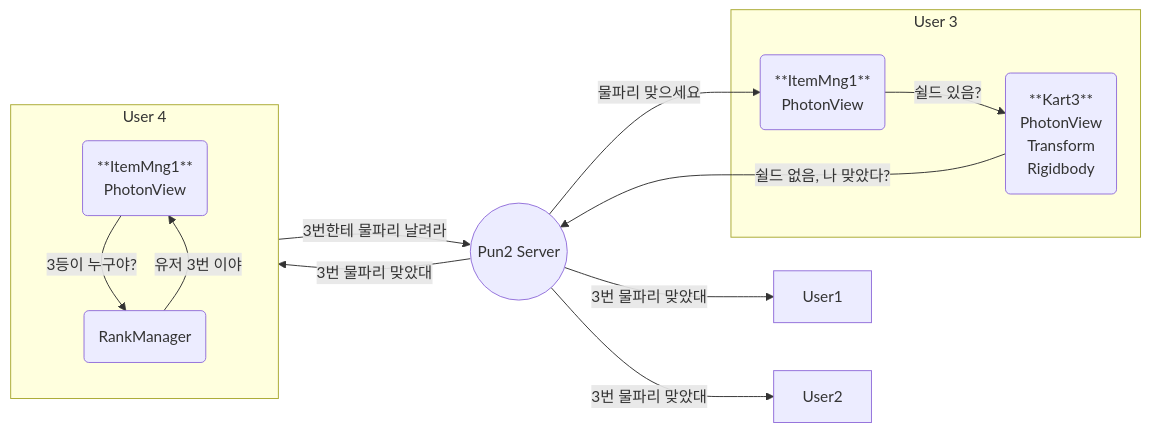
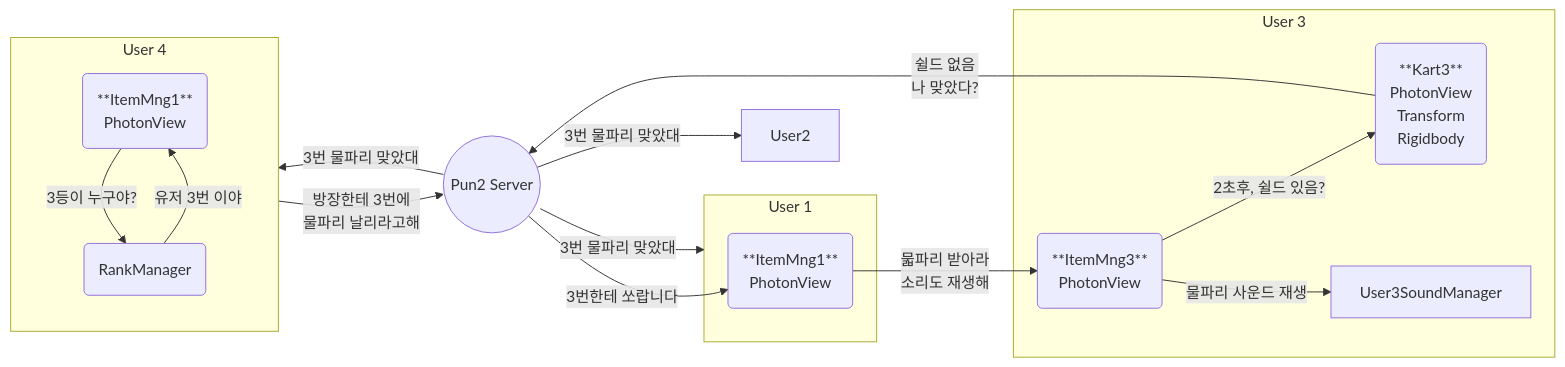
The fourth of 5 diagrams in FlowChart.md (wooyou0044/NetworkProject_KartRider), drawn with Mermaid before and after one commit.

Commit message:
docs : 물파리 플로우 수정

````diff
--- a/FlowChart.md
+++ b/FlowChart.md
@@ -128,26 +128,32 @@
 ```mermaid
 flowchart LR
 
-User1
+subgraph User1["User 1"]
+User1ItemManager("**ItemMng1**<br>PhotonView")
+end
+
 User2
 
 subgraph User3["User 3"]
 User3Kart("**Kart3**<br>PhotonView<br>Transform<br>Rigidbody")
-User3ItemManager("**ItemMng1**<br>PhotonView")
+User3ItemManager("**ItemMng3**<br>PhotonView")
+User3SoundManager
 end
 
 subgraph User4["User 4"]
 User4ItemManager("**ItemMng1**<br>PhotonView")
 User4RankManager("RankManager")
 end
 
 User4ItemManager -- 3등이 누구야? --> User4RankManager
 User4RankManager -- 유저 3번 이야 --> User4ItemManager
-User4 -- 3번한테 물파리 날려라 --> Server(("Pun2 Server"))
-Server -- 물파리 맞으세요 --> User3ItemManager
-User3ItemManager -- 쉴드 있음? --> User3Kart
-User3Kart -- 쉴드 없음, 나 맞았다? --> Server
+User4 -- 방장한테 3번에<br>물파리 날리라고해 --> Server(("Pun2 Server"))
+Server -- 3번한테 쏘랍니다 --> User1ItemManager
+User1ItemManager -- 묿파리 받아라<br>소리도 재생해 --> User3ItemManager
+User3ItemManager -- 2초후, 쉴드 있음? --> User3Kart
+User3ItemManager -- 물파리 사운드 재생 --> User3SoundManager
+User3Kart -- 쉴드 없음<br>나 맞았다? --> Server
 Server -- 3번 물파리 맞았대 --> User1
 Server -- 3번 물파리 맞았대 --> User2
 Server -- 3번 물파리 맞았대 --> User4
 ```
````
